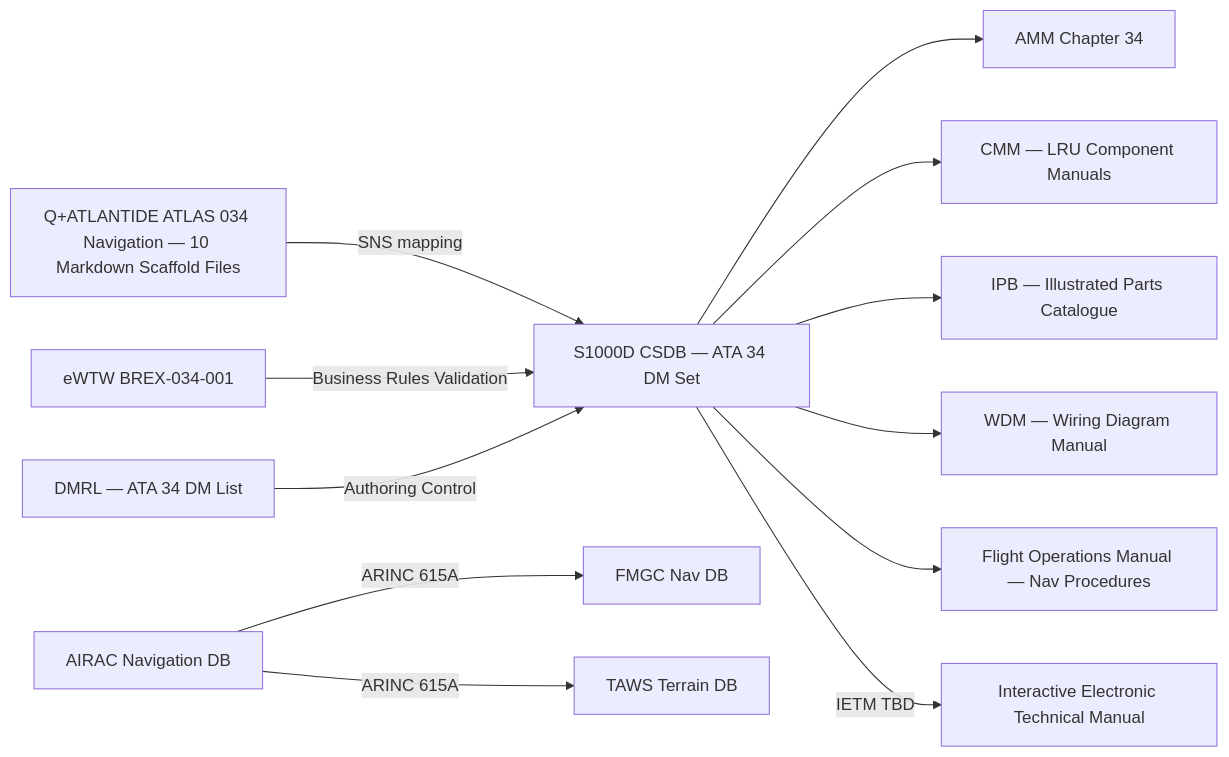
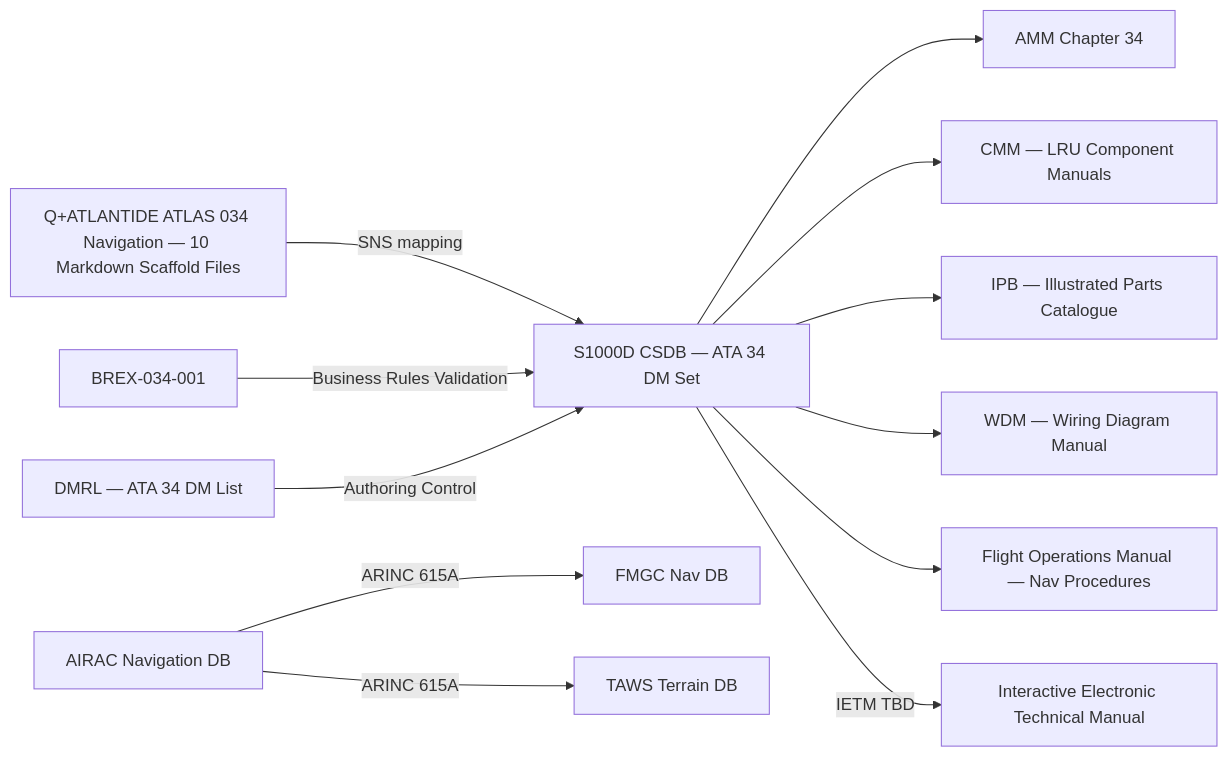
The first of 3 diagrams in Q+ATLANTIDE/000-099_ATLAS/030-039_Proteccion-y-Sistemas-Mecanicos/034_Navigation/034-090-S1000D-CSDB-Mapping-and-Traceability.md (AmedeoPelliccia/Qplus-For-All-Queer-People-and-Quantum), drawn with Mermaid before and after one commit. The commit also changed other lines of this file and 51 other files, not shown here.

First line of the commit message:
Generalize all 52 ATLAS S1000D-CSDB mapping files: remove AMPEL360E/eWTW/Programmes_example references, add scope: agnostic-standard, use generic DMC placeholders

````diff
--- a/Q+ATLANTIDE/000-099_ATLAS/030-039_Proteccion-y-Sistemas-Mecanicos/034_Navigation/034-090-S1000D-CSDB-Mapping-and-Traceability.md
+++ b/Q+ATLANTIDE/000-099_ATLAS/030-039_Proteccion-y-Sistemas-Mecanicos/034_Navigation/034-090-S1000D-CSDB-Mapping-and-Traceability.md
@@ -241,14 +242,14 @@
 ```mermaid
 flowchart LR
     ATLAS034[Q+ATLANTIDE ATLAS 034 Navigation — 10 Markdown Scaffold Files] -->|SNS mapping| CSDB[S1000D CSDB — ATA 34 DM Set]
     CSDB --> AMM34[AMM Chapter 34]
     CSDB --> CMM34[CMM — LRU Component Manuals]
     CSDB --> IPB34[IPB — Illustrated Parts Catalogue]
     CSDB --> WDM34[WDM — Wiring Diagram Manual]
     CSDB --> FLTOPS34[Flight Operations Manual — Nav Procedures]
-    BREX[eWTW BREX-034-001] -->|Business Rules Validation| CSDB
+    BREX[<PROGRAMME-SHORT> BREX-034-001] -->|Business Rules Validation| CSDB
     DMRL[DMRL — ATA 34 DM List] -->|Authoring Control| CSDB
     AIRAC[AIRAC Navigation DB] -->|ARINC 615A| FMGC[FMGC Nav DB]
     AIRAC -->|ARINC 615A| TAWS[TAWS Terrain DB]
     CSDB -->|IETM TBD| IETM[Interactive Electronic Technical Manual]
 ```
````
